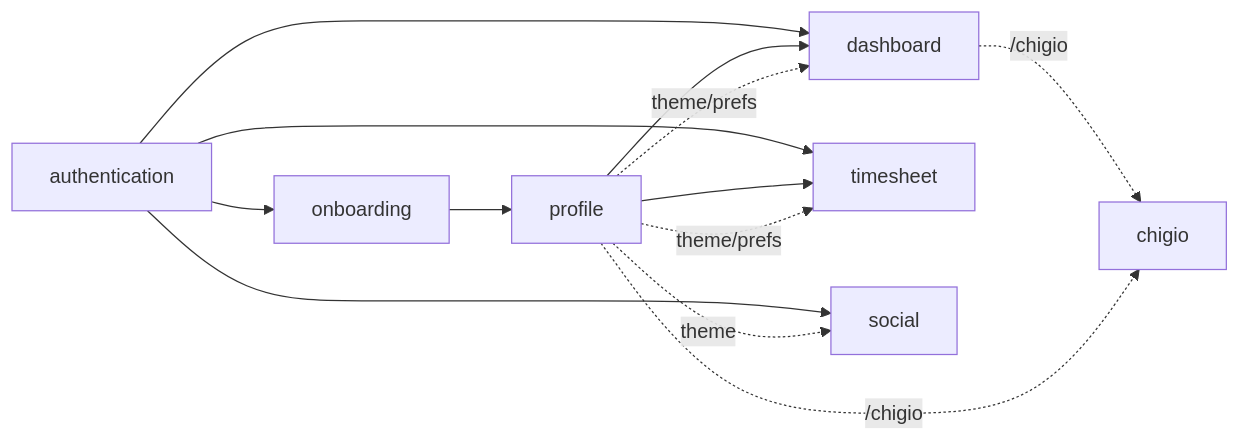
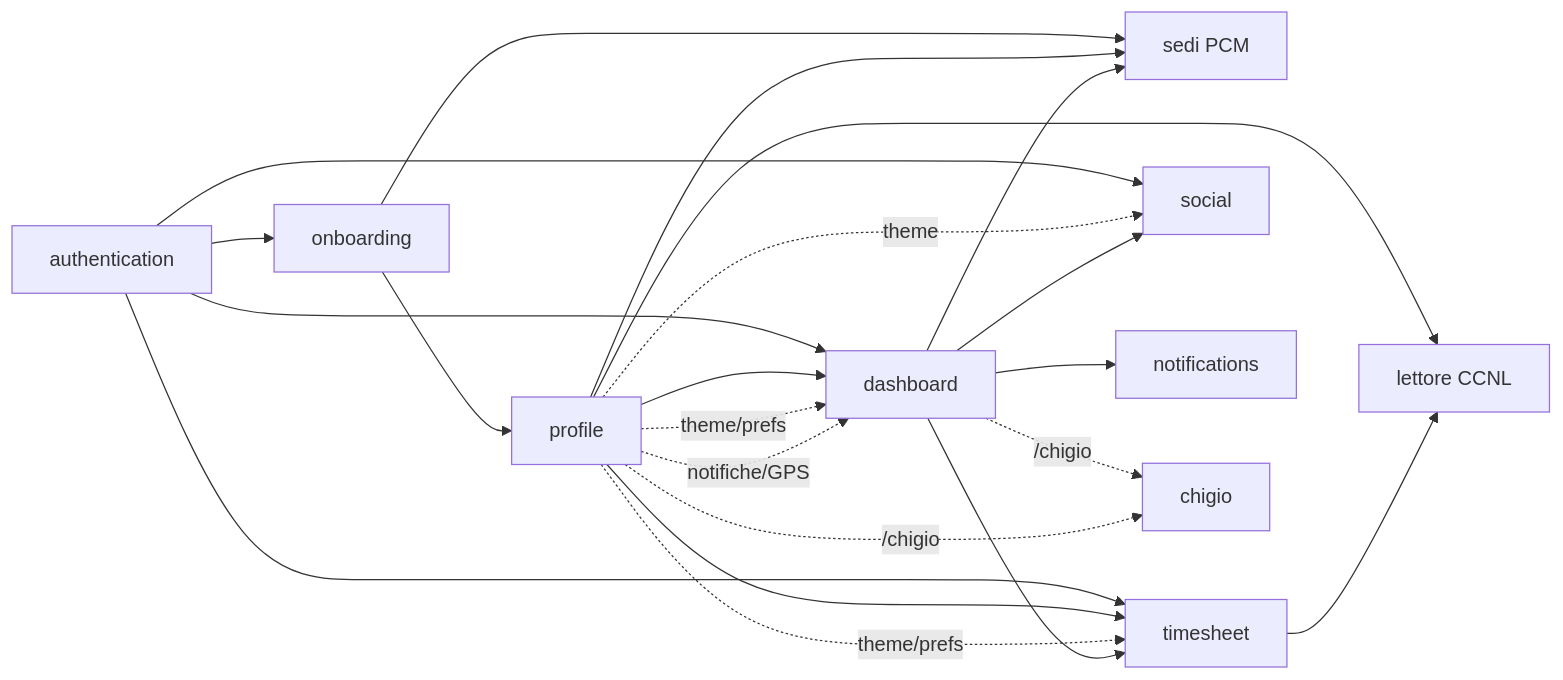
One commit to marcocipriani/chigio_time changed the diagram in docs/features/README.md. Above: the diagram before and after it, drawn with Mermaid. The commit also changed other lines of this file and 11 other files, not shown here.

Commit message:
docs: fix diagrams and complete review

````diff
--- a/docs/features/README.md
+++ b/docs/features/README.md
@@ -9,15 +9,24 @@
 ```mermaid
 flowchart LR
     AUTH[authentication] --> ONB[onboarding]
     ONB --> PROFILE[profile]
+    ONB --> LOC[sedi PCM]
     AUTH --> DASH[dashboard]
     AUTH --> TS[timesheet]
     AUTH --> SOC[social]
     PROFILE --> DASH
     PROFILE --> TS
+    PROFILE --> LOC
+    PROFILE --> CCNL[lettore CCNL]
     PROFILE -. theme/prefs .-> DASH
     PROFILE -. theme/prefs .-> TS
+    PROFILE -. notifiche/GPS .-> DASH
     PROFILE -. theme .-> SOC
+    DASH --> TS
+    DASH --> SOC
+    DASH --> NOTIF[notifications]
+    DASH --> LOC
+    TS --> CCNL
     DASH -. /chigio .-> CHI[chigio]
     PROFILE -. /chigio .-> CHI
 ```
````
